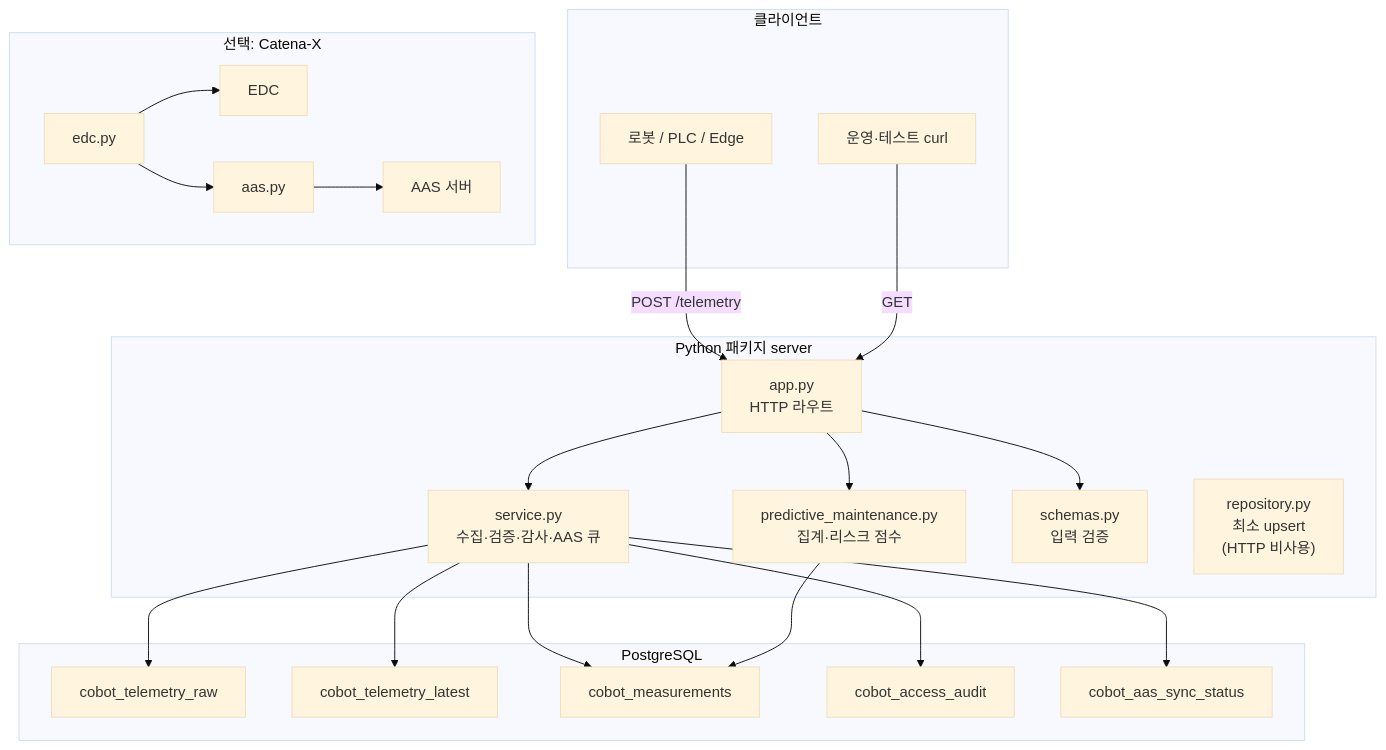
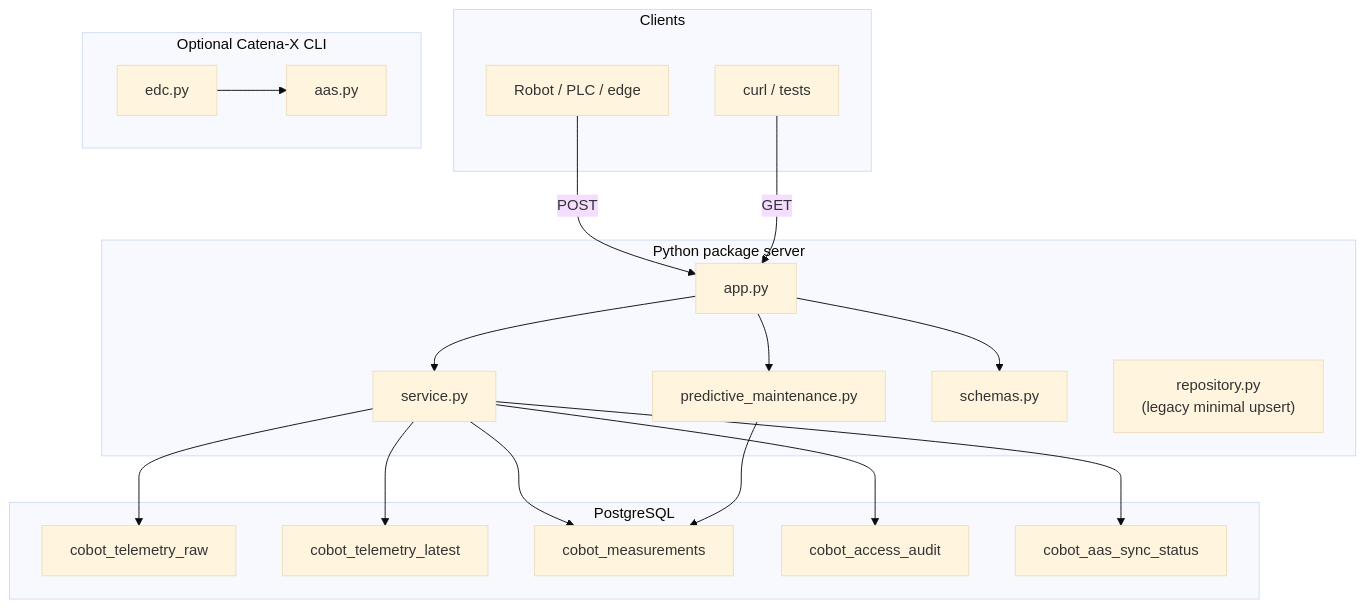
The third of 3 diagrams in readme.md (sumin-ma-1/catena-x-sw-sample), drawn with Mermaid (base theme) before and after one commit. The commit also changed other lines of this file, not shown here.

Commit message:
Enhance README with comprehensive architecture and data flow details

````diff
--- a/readme.md
+++ b/readme.md
@@ -7,45 +108,41 @@
 ```mermaid
 flowchart TB
-  subgraph clients["클라이언트"]
-    Edge["로봇 / PLC / Edge"]
-    Ops["운영·테스트 curl"]
+  subgraph clients["Clients"]
+    Edge["Robot / PLC / edge"]
+    Ops["curl / tests"]
   end
 
-  subgraph server["Python 패키지 server"]
-    App["app.py\nHTTP 라우트"]
-    Svc["service.py\n수집·검증·감사·AAS 큐"]
-    PM["predictive_maintenance.py\n집계·리스크 점수"]
-    Sch["schemas.py\n입력 검증"]
-    Repo["repository.py\n최소 upsert\n(HTTP 비사용)"]
+  subgraph py["Python package server"]
+    App["app.py"]
+    Svc["service.py"]
+    PM["predictive_maintenance.py"]
+    Sch["schemas.py"]
+    Repo["repository.py\n(legacy minimal upsert)"]
   end
 
   subgraph pg["PostgreSQL"]
     Raw["cobot_telemetry_raw"]
     Latest["cobot_telemetry_latest"]
     Meas["cobot_measurements"]
     Audit["cobot_access_audit"]
     SyncQ["cobot_aas_sync_status"]
   end
 
-  subgraph opt["선택: Catena-X"]
+  subgraph opt["Optional Catena-X CLI"]
     EDCCli["edc.py"]
     AASMod["aas.py"]
-    EDC["EDC"]
-    AAS["AAS 서버"]
   end
 
-  Edge -->|POST /telemetry| App
+  Edge -->|POST| App
   Ops -->|GET| App
   App --> Sch
   App --> Svc
   App --> PM
   Svc --> Raw
   Svc --> Latest
   Svc --> Meas
   Svc --> Audit
   Svc --> SyncQ
   PM --> Meas
-  EDCCli --> EDC
   EDCCli --> AASMod
-  AASMod --> AAS
 ```
````
